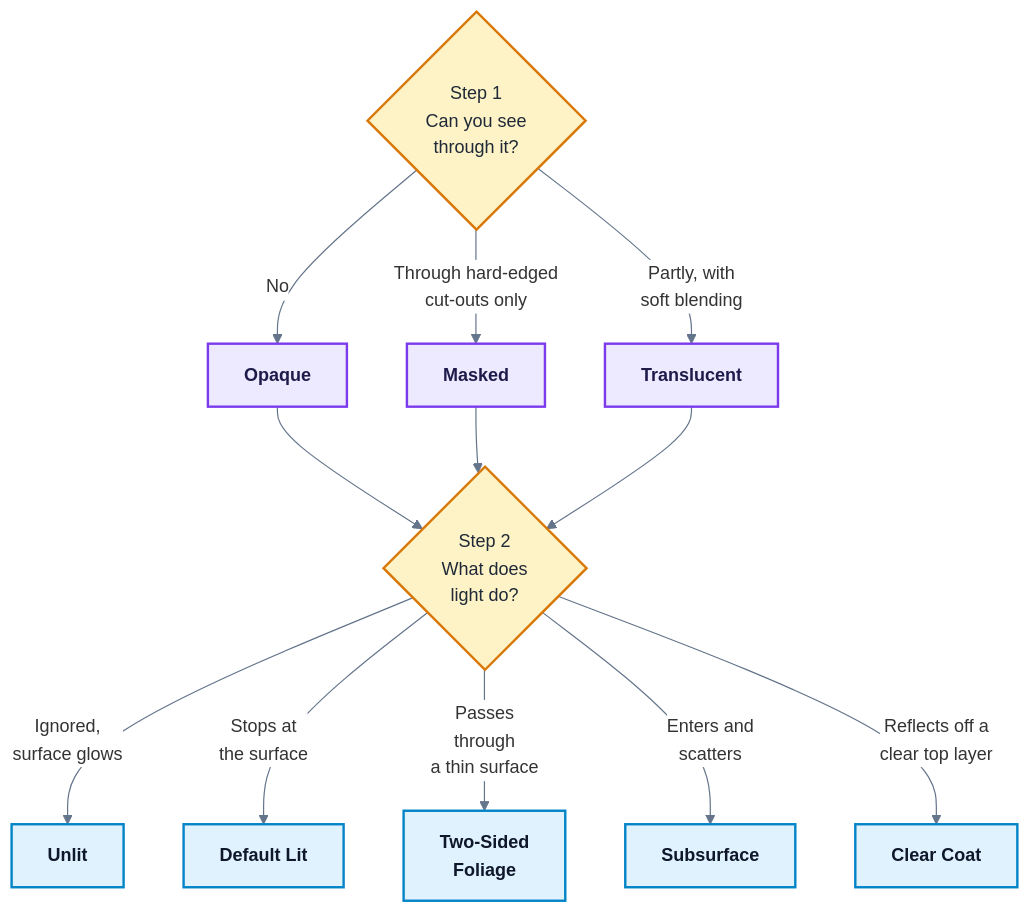
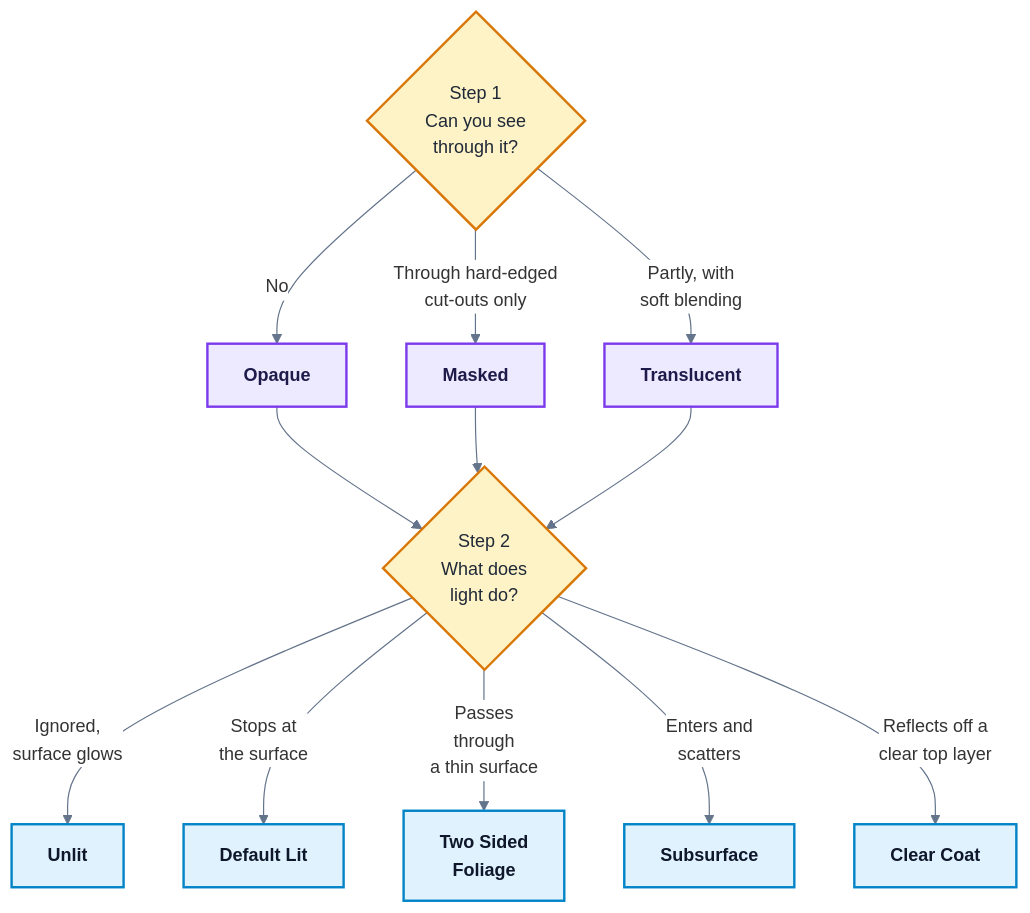
The second of 2 diagrams in notes/01_pbr_and_material_editor.md (nmcguinness/L8-3DGD-Materials), drawn with Mermaid before and after one commit. The commit also changed other lines of this file and 394 other files, not shown here.

````diff
--- a/notes/01_pbr_and_material_editor.md
+++ b/notes/01_pbr_and_material_editor.md
@@ -258,24 +258,24 @@
 ```mermaid
 %%{init: {"theme": "base", "themeVariables": {"fontFamily": "Arial, Helvetica, sans-serif", "fontSize": "15px", "lineColor": "#64748b", "edgeLabelBackground": "#ffffff"}}}%%
 flowchart TD
     accTitle: Choosing a blend mode and shading model
     accDescr: First choose the blend mode by asking whether you can see through the surface. If not, use Opaque. If only through hard-edged cut-outs, use Masked. If partly, with soft blending, use Translucent. Then choose the shading model by asking what light does in the real surface. If it only glows and ignores light, use Unlit. If light stops at the surface, use Default Lit. If light passes through a thin surface, use Two Sided Foliage. If light enters and scatters, use Subsurface. If there is a clear layer on top, use Clear Coat.
 
-    q1{"Step 1<br/>Can you see<br>through it?"}
-    q1 -->|No<br/>| opaque["<b>Opaque</b>"]
+    q1{"Step 1<br/>Can you see<br/>through it?"}
+    q1 -->|No| opaque["<b>Opaque</b>"]
     q1 -->|"Through hard-edged<br/>cut-outs only"| masked["<b>Masked</b>"]
     q1 -->|"Partly, with<br/>soft blending"| translucent["<b>Translucent</b>"]
-    opaque & masked & translucent --> q2{"Step 2<br/>What does<br>light do?"}
+    opaque & masked & translucent --> q2{"Step 2<br/>What does<br/>light do?"}
     q2 -->|"Ignored,<br/>surface glows"| unlit["<b>Unlit</b>"]
     q2 -->|"Stops at<br/>the surface"| lit["<b>Default Lit</b>"]
-    q2 -->|"Passes<br/>through<br/>a thin surface"| foliage["<b>Two-Sided<br>Foliage</b>"]
+    q2 -->|"Passes<br/>through<br/>a thin surface"| foliage["<b>Two Sided<br/>Foliage</b>"]
     q2 -->|"Enters and<br/>scatters"| sss["<b>Subsurface</b>"]
     q2 -->|"Reflects off a<br/>clear top layer"| coat["<b>Clear Coat</b>"]
 
     classDef decision fill:#fef3c7,stroke:#d97706,stroke-width:2px,color:#1f2937
     classDef blend fill:#ede9fe,stroke:#7c3aed,stroke-width:2px,color:#1e1b4b
     classDef shading fill:#e0f2fe,stroke:#0284c7,stroke-width:2px,color:#0f172a
     class q1,q2 decision
     class opaque,masked,translucent blend
     class unlit,lit,foliage,sss,coat shading
 ```
````
